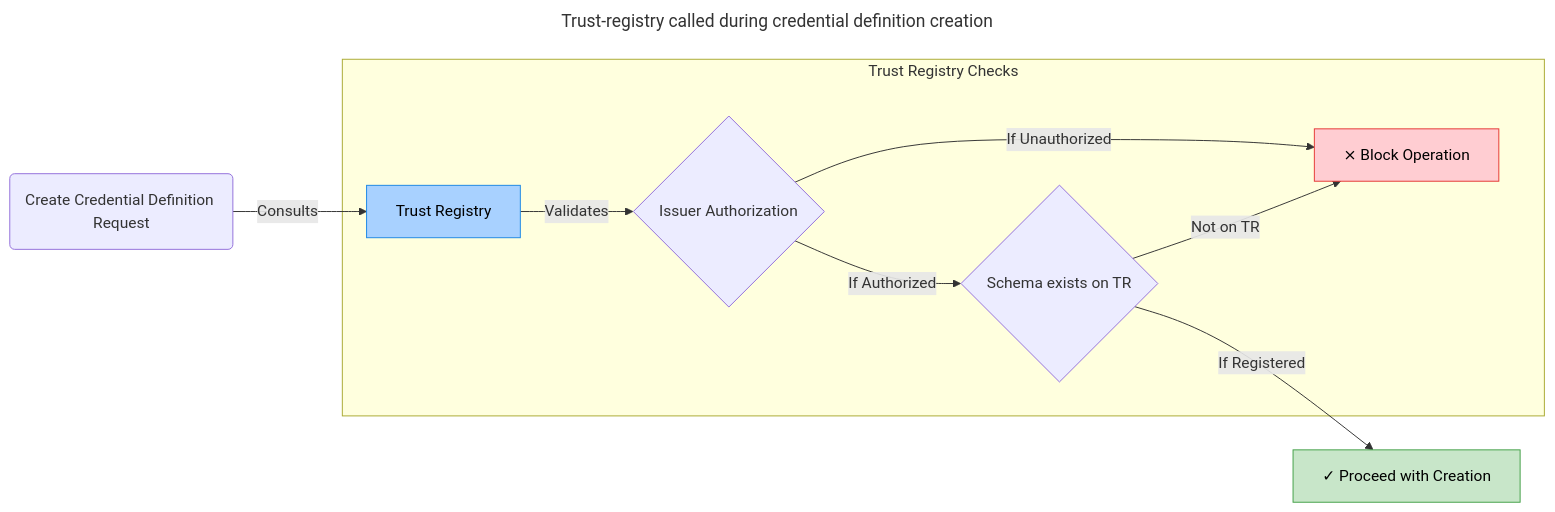
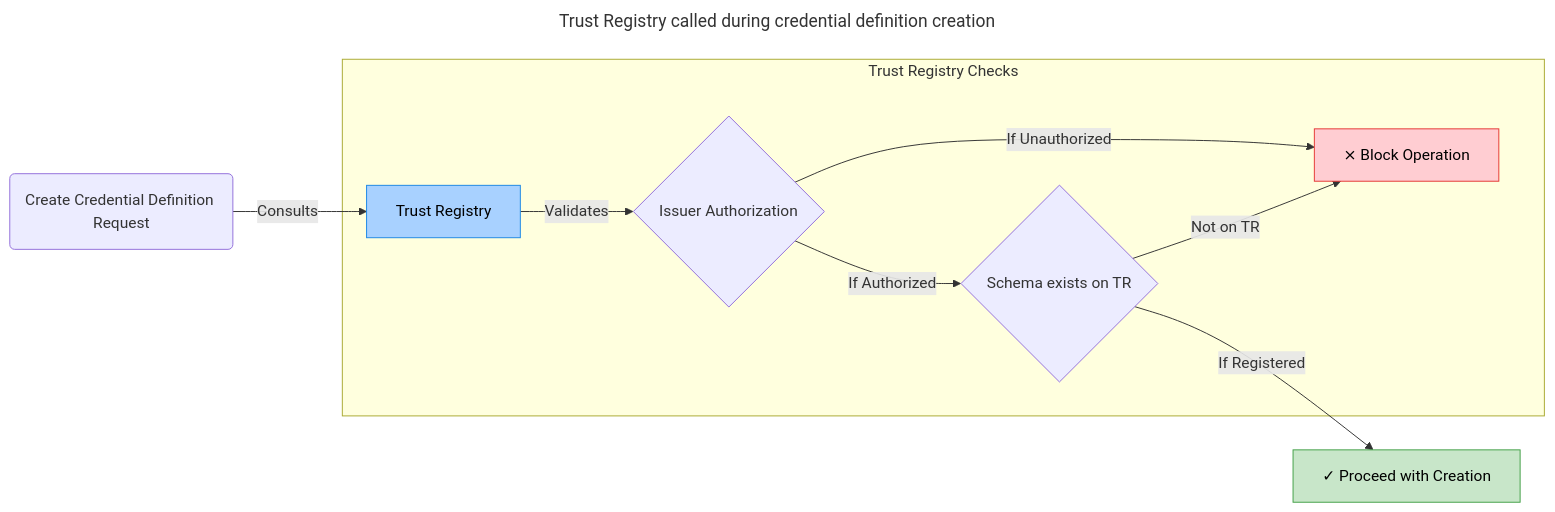
Before and after one commit to didx-xyz/aries-cloudapi-python: the first of 5 diagrams in docs/Trust Registry.md, drawn with Mermaid. The commit also changed other lines of this file, not shown here.

Commit message:
refine Trust Registry documentation for application flows and interactions

````diff
--- a/docs/Trust Registry.md
+++ b/docs/Trust Registry.md
@@ -68,18 +72,18 @@
 ```mermaid
 ---
-title: Trust-registry called during credential definition creation
+title: Trust Registry called during credential definition creation
 ---
 flowchart LR
     App(Create Credential Definition Request) -->|Consults| TR[Trust Registry]
     subgraph Trust Registry Checks
       TR -->|Validates| Check1{Issuer Authorization}
       Check1 -->|If Unauthorized| Block[⨯ Block Operation]
       Check1 -->|If Authorized| Check2{Schema exists on TR}
       Check2 -->|Not on TR| Block
     end
     Check2 -->|If Registered| Continue[✓ Proceed with Creation]
     
     style TR fill:#a8d1ff,stroke:#1e88e5,color:black
     style Block fill:#ffcdd2,stroke:#e53935,color:black
     style Continue fill:#c8e6c9,stroke:#43a047,color:black
 ```
````
